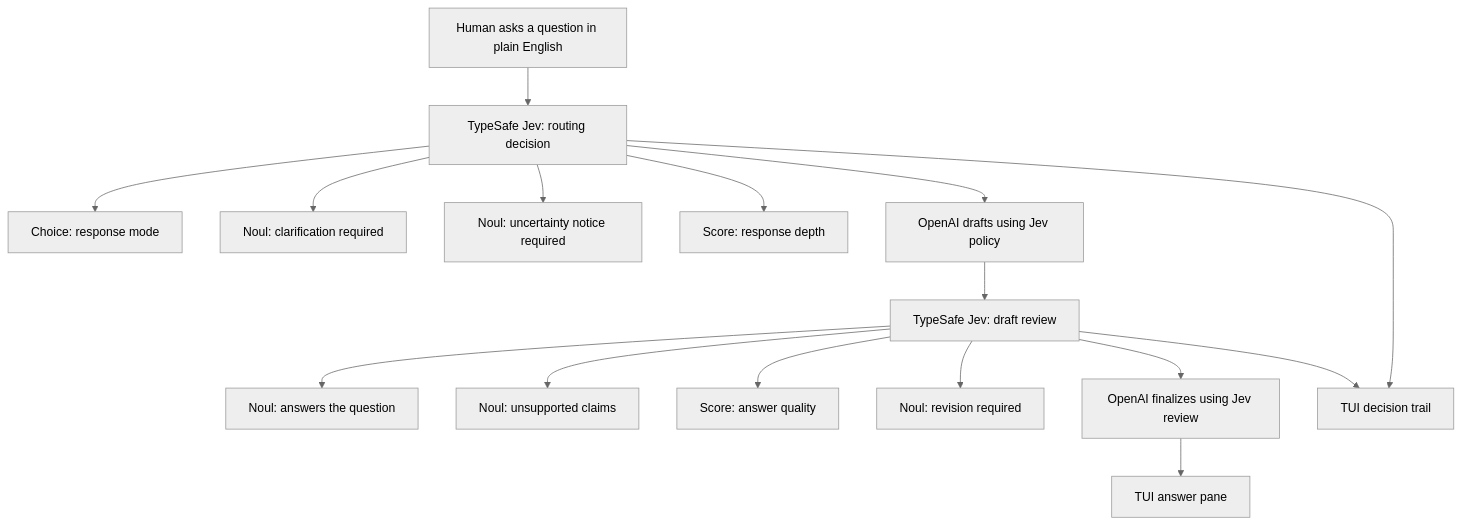
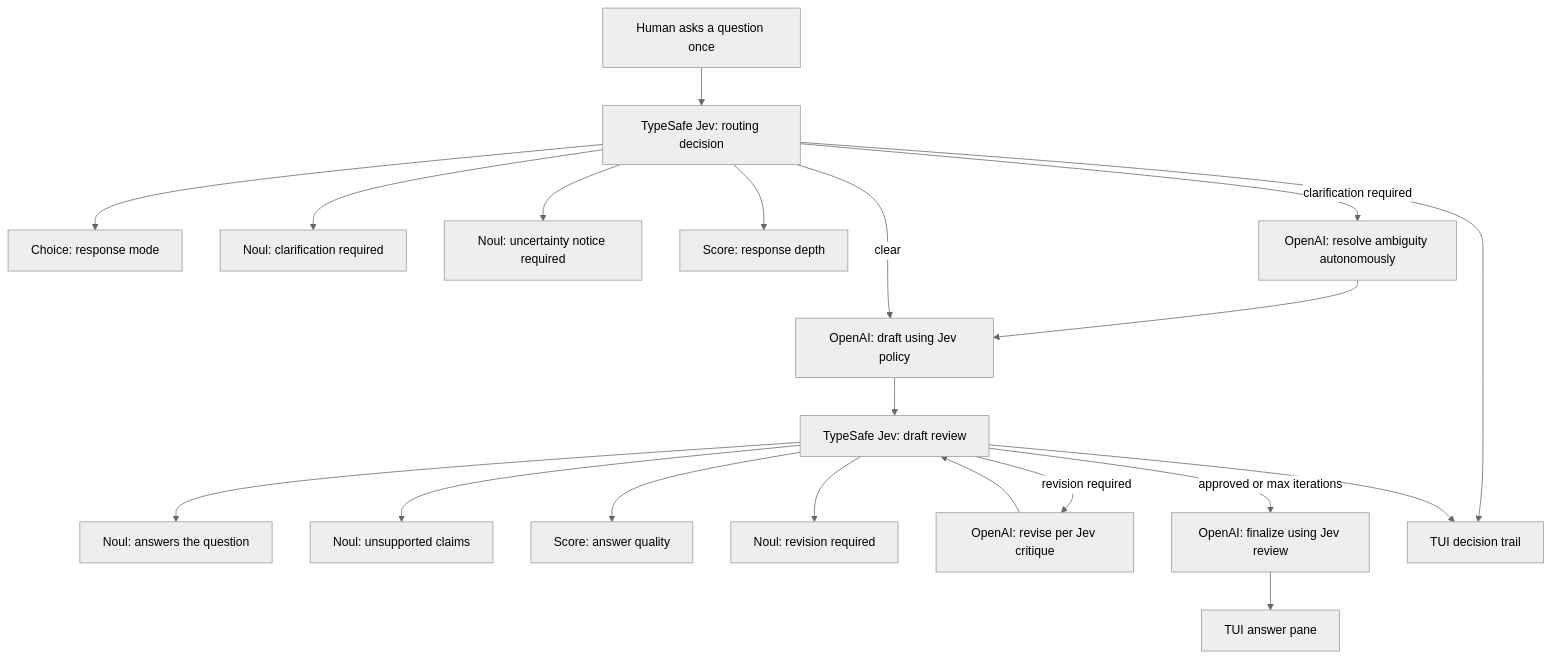
The diagram in README.md (haseeb-heaven/jev-system-one), drawn with Mermaid (neutral theme) before and after one commit. The commit also changed other lines of this file and 4 other files, not shown here.

Commit message:
feat: orchestrate autonomous Jev decision and revision pipeline with LangGraph

````diff
--- a/README.md
+++ b/README.md
@@ -38,18 +42,22 @@
 ```mermaid
 flowchart TD
-    U[Human asks a question in plain English] --> J1[TypeSafe Jev: routing decision]
+    U[Human asks a question once] --> J1[TypeSafe Jev: routing decision]
     J1 --> D1[Choice: response mode]
     J1 --> D2[Noul: clarification required]
     J1 --> D3[Noul: uncertainty notice required]
     J1 --> D4[Score: response depth]
-    J1 --> O1[OpenAI drafts using Jev policy]
+    J1 -->|clarification required| C1[OpenAI: resolve ambiguity autonomously]
+    C1 --> O1[OpenAI: draft using Jev policy]
+    J1 -->|clear| O1
     O1 --> J2[TypeSafe Jev: draft review]
     J2 --> R1[Noul: answers the question]
     J2 --> R2[Noul: unsupported claims]
     J2 --> R3[Score: answer quality]
     J2 --> R4[Noul: revision required]
-    J2 --> O2[OpenAI finalizes using Jev review]
+    J2 -->|revision required| Rev[OpenAI: revise per Jev critique]
+    Rev --> J2
+    J2 -->|approved or max iterations| O2[OpenAI: finalize using Jev review]
     O2 --> T[TUI answer pane]
     J1 --> Report[TUI decision trail]
     J2 --> Report
 ```
````
